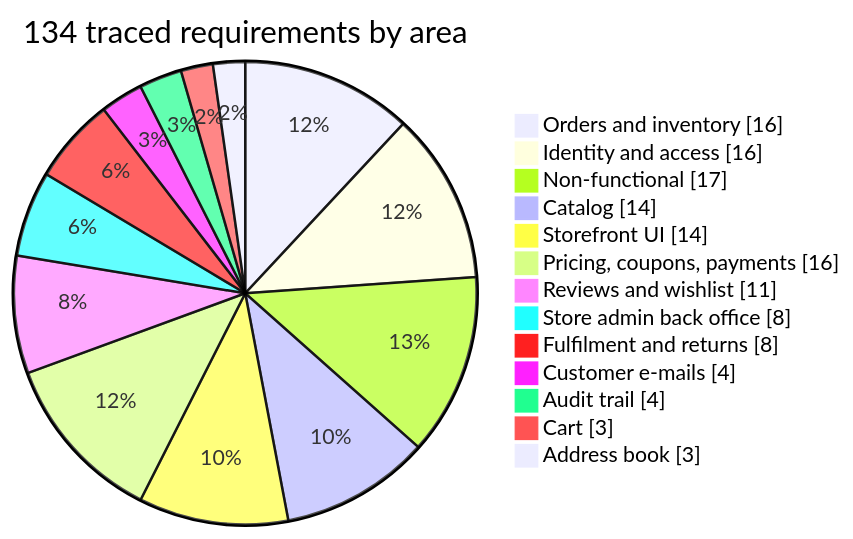
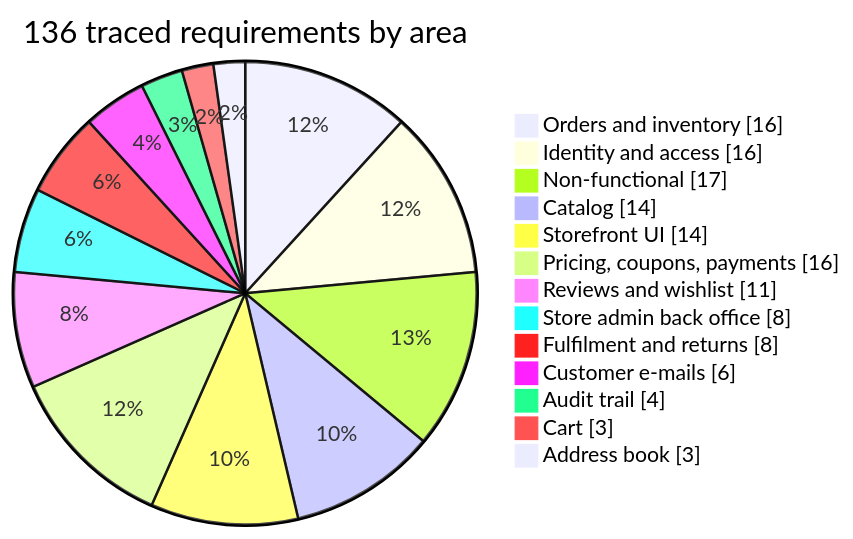
The second of 2 diagrams in README.md (rbchy/RbcTcsWorld), drawn with Mermaid before and after one commit. The commit also changed other lines of this file and 32 other files, not shown here.

````diff
--- a/README.md
+++ b/README.md
@@ -53,17 +53,17 @@
 ```mermaid
 pie showData
-    title 134 traced requirements by area
+    title 136 traced requirements by area
     "Orders and inventory" : 16
     "Identity and access" : 16
     "Non-functional" : 17
     "Catalog" : 14
     "Storefront UI" : 14
     "Pricing, coupons, payments" : 16
     "Reviews and wishlist" : 11
     "Store admin back office" : 8
     "Fulfilment and returns" : 8
-    "Customer e-mails" : 4
+    "Customer e-mails" : 6
     "Audit trail" : 4
     "Cart" : 3
     "Address book" : 3
 ```
````
